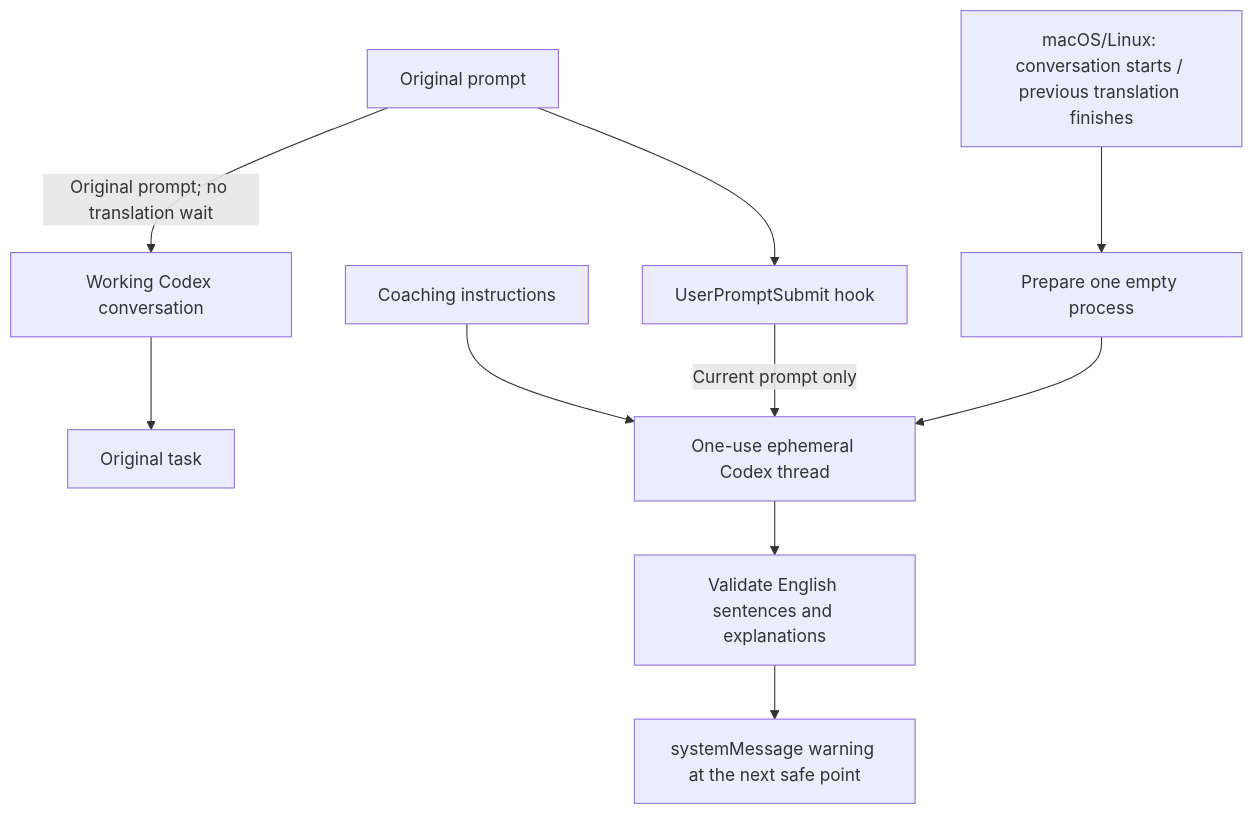
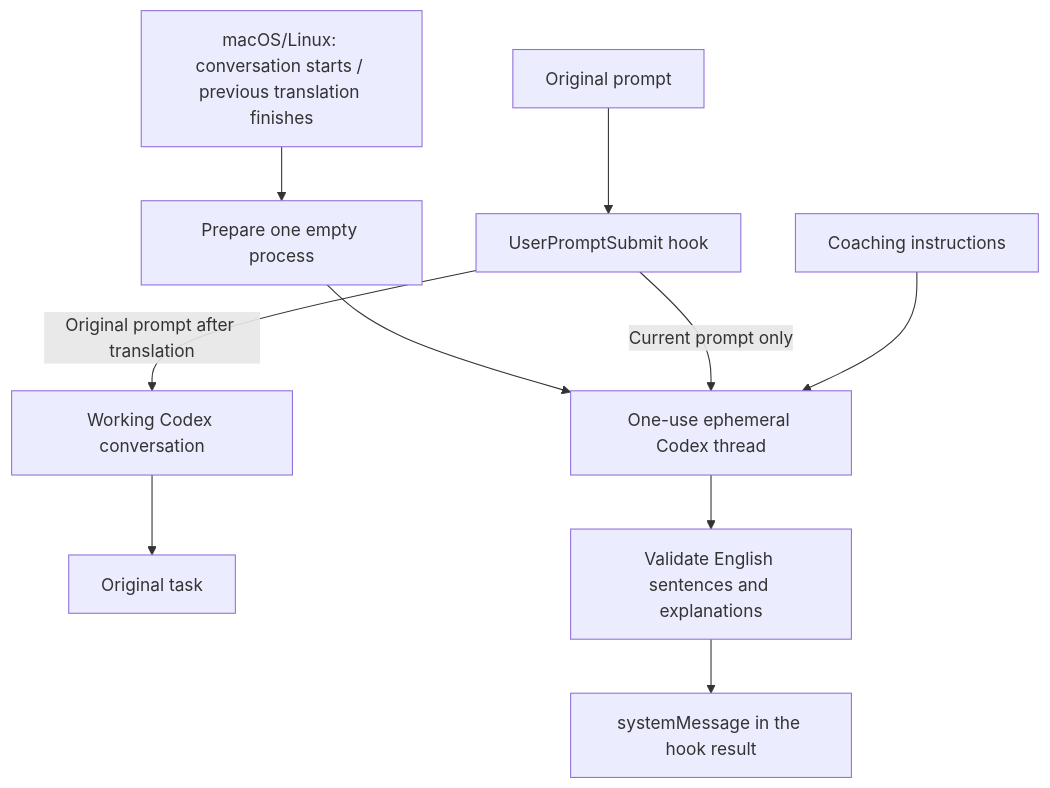
The diagram in README.md (sngchlko/dev-lingo), drawn with Mermaid before and after one commit. The commit also changed other lines of this file and 7 other files, not shown here.

````diff
--- a/README.md
+++ b/README.md
@@ -199,12 +199,12 @@
 ```mermaid
 flowchart TD
     S["macOS/Linux: conversation starts / previous translation finishes"] --> P["Prepare one empty process"]
     U["Original prompt"] --> H["UserPromptSubmit hook"]
-    U -->|"Original prompt; no translation wait"| M["Working Codex conversation"]
+    H -->|"Original prompt after translation"| M["Working Codex conversation"]
     M --> W["Original task"]
     P --> T["One-use ephemeral Codex thread"]
     H -->|"Current prompt only"| T
     C["Coaching instructions"] --> T
     T --> V["Validate English sentences and explanations"]
-    V --> N["systemMessage warning at the next safe point"]
+    V --> N["systemMessage in the hook result"]
 ```
````
